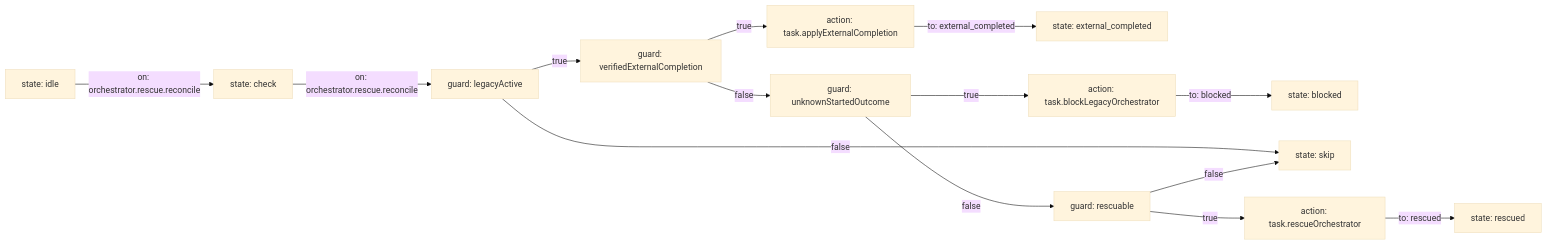
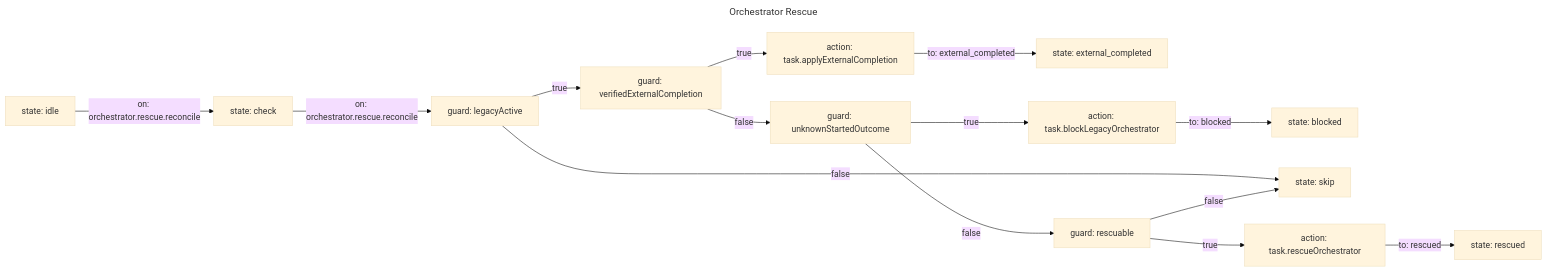
Before and after one commit to lalalic/agents-relay: the diagram in workflow/orchestrator-rescue.mmd, drawn with Mermaid (base theme). The commit also changed 19 other files, not shown here.

Commit message:
docs(workflow): describe each Mermaid graph with frontmatter

```diff
--- a/workflow/orchestrator-rescue.mmd
+++ b/workflow/orchestrator-rescue.mmd
@@ -1,28 +1,32 @@
+---
+title: Orchestrator Rescue
+description: Determines when orchestration needs safe intervention or recovery.
+---
 flowchart LR
 %% relay: initial idle
 idle["state: idle"]
 check["state: check"]
 external["state: external_completed"]
 blocked["state: blocked"]
 skip["state: skip"]
 rescued["state: rescued"]
 legacyActive["guard: legacyActive"]
 verifiedExternalCompletion["guard: verifiedExternalCompletion"]
 unknownStartedOutcome["guard: unknownStartedOutcome"]
 rescuable["guard: rescuable"]
 rescue["action: task.rescueOrchestrator"]
 externalCompletion["action: task.applyExternalCompletion"]
 quarantine["action: task.blockLegacyOrchestrator"]
 idle -->|on: orchestrator.rescue.reconcile| check
 check -->|on: orchestrator.rescue.reconcile| legacyActive
 legacyActive -->|false| skip
 legacyActive -->|true| verifiedExternalCompletion
 verifiedExternalCompletion -->|true| externalCompletion
 externalCompletion -->|to: external_completed| external
 verifiedExternalCompletion -->|false| unknownStartedOutcome
 unknownStartedOutcome -->|true| quarantine
 quarantine -->|to: blocked| blocked
 unknownStartedOutcome -->|false| rescuable
 rescuable -->|false| skip
 rescuable -->|true| rescue
 rescue -->|to: rescued| rescued
```
